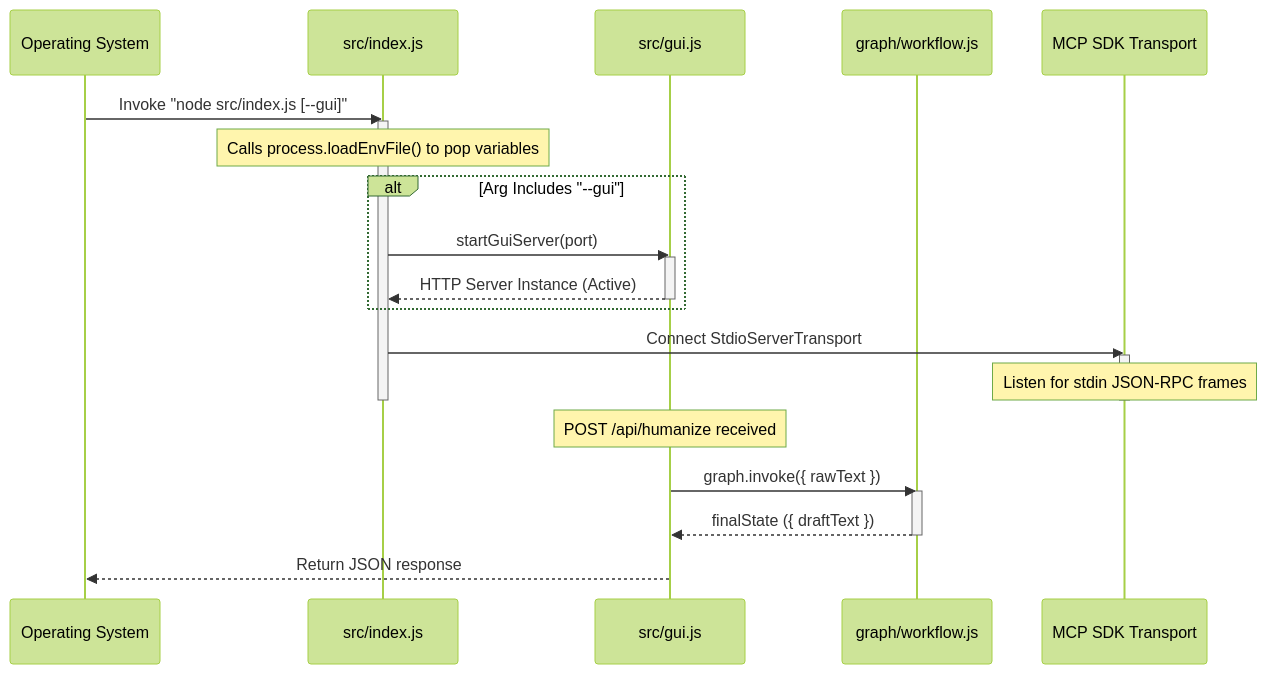
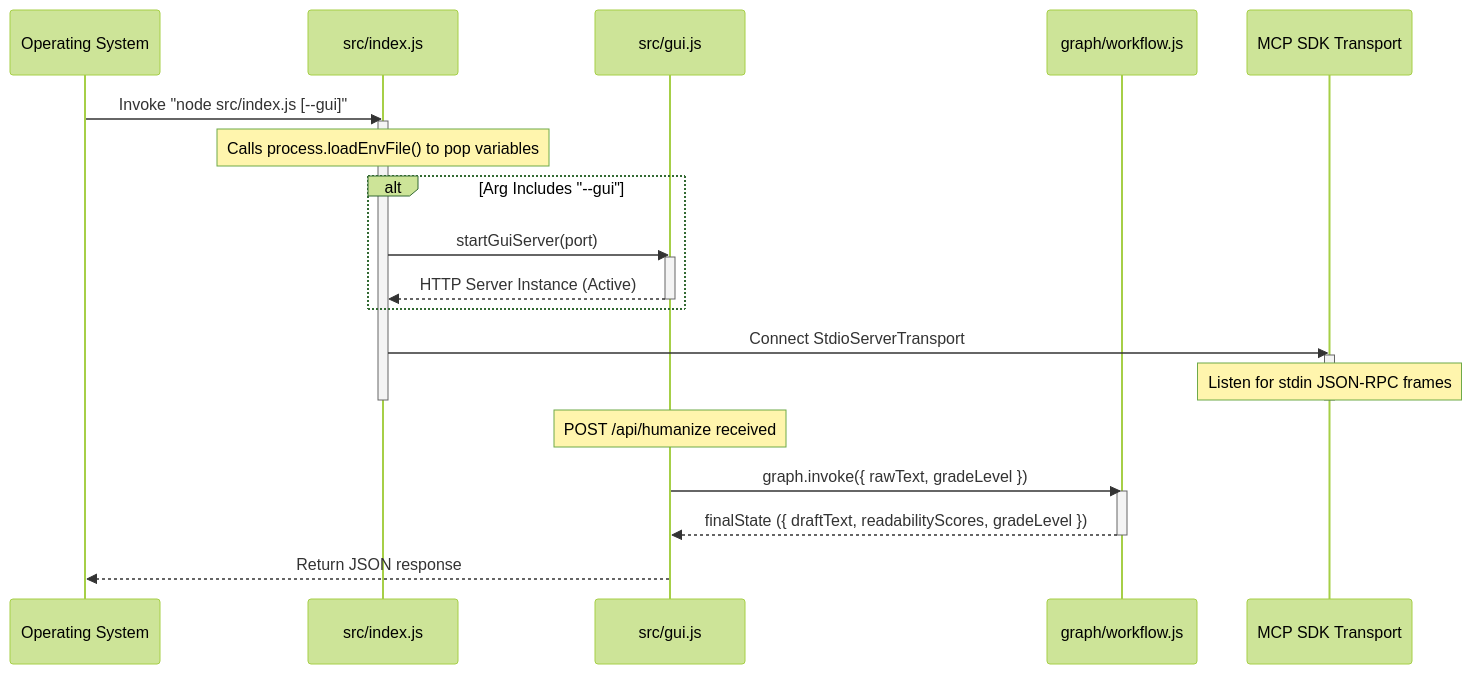
The second of 3 diagrams in architectural_breakdown.md (ayush1k/Plain-Language-Agent), drawn with Mermaid (forest theme) before and after one commit. The commit also changed other lines of this file and 14 other files, not shown here.

````diff
--- a/architectural_breakdown.md
+++ b/architectural_breakdown.md
@@ -81,32 +83,32 @@
 ```mermaid
 sequenceDiagram
     participant OS as Operating System
     participant Index as src/index.js
     participant Gui as src/gui.js
     participant Workflow as graph/workflow.js
     participant MCP as MCP SDK Transport
     
     OS->>Index: Invoke "node src/index.js [--gui]"
     activate Index
     Note over Index: Calls process.loadEnvFile() to pop variables
     
     alt Arg Includes "--gui"
         Index->>Gui: startGuiServer(port)
         activate Gui
         Gui-->>Index: HTTP Server Instance (Active)
         deactivate Gui
     end
     
     Index->>MCP: Connect StdioServerTransport
     activate MCP
     Note over MCP: Listen for stdin JSON-RPC frames
     deactivate MCP
     deactivate Index
     
     Note over Gui: POST /api/humanize received
-    Gui->>Workflow: graph.invoke({ rawText })
+    Gui->>Workflow: graph.invoke({ rawText, gradeLevel })
     activate Workflow
-    Workflow-->>Gui: finalState ({ draftText })
+    Workflow-->>Gui: finalState ({ draftText, readabilityScores, gradeLevel })
     deactivate Workflow
     Gui-->>OS: Return JSON response
 ```
````
